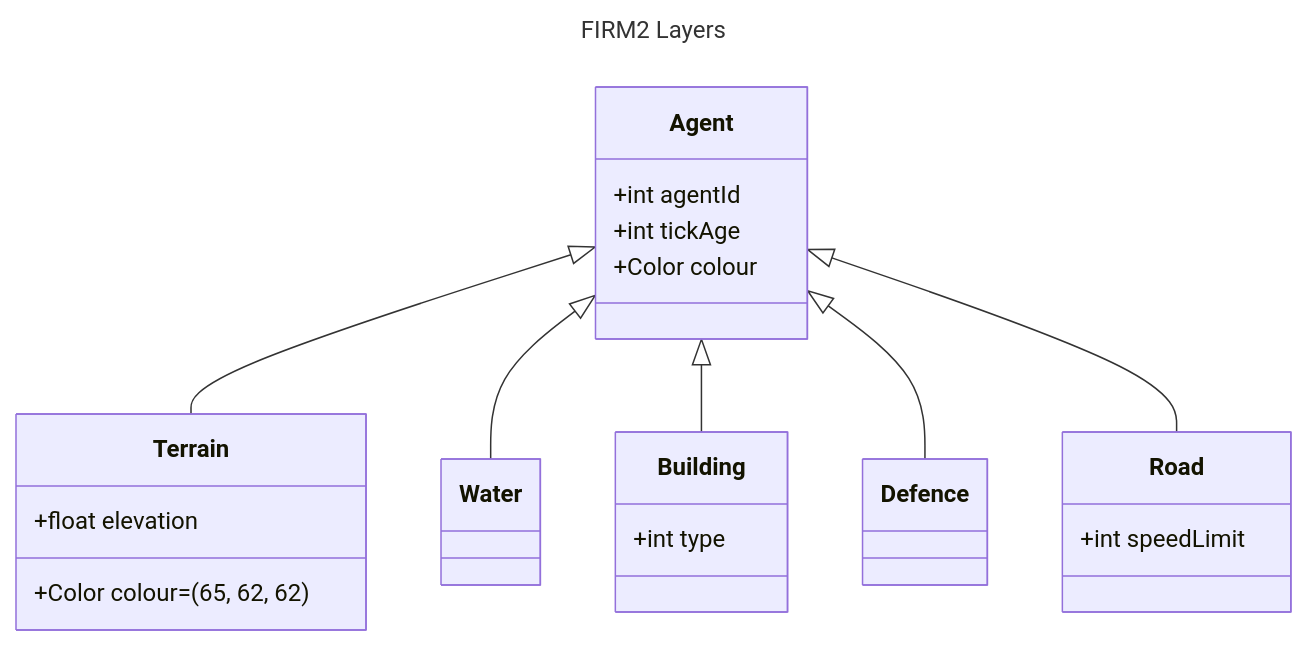
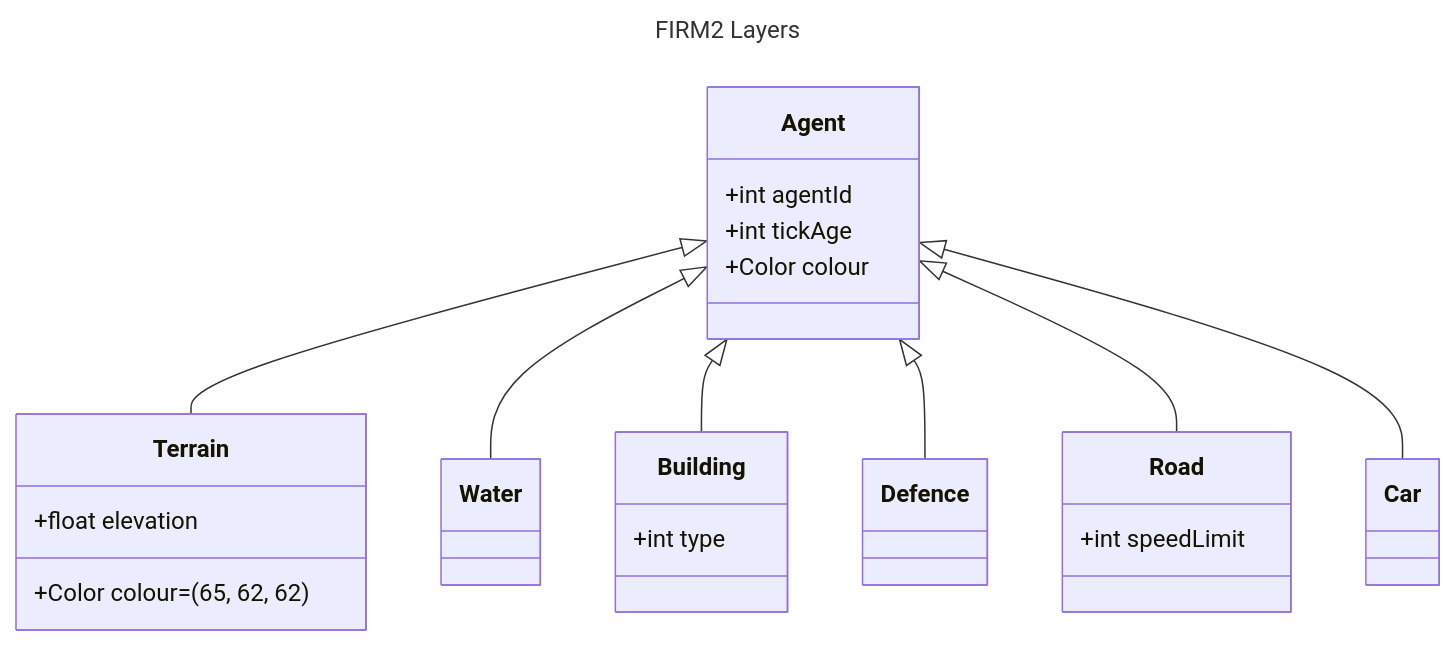
The diagram in DESIGN.md (nclwater/FIRM2), drawn with Mermaid before and after one commit.

Commit message:
Update design doc

````diff
--- a/DESIGN.md
+++ b/DESIGN.md
@@ -5,38 +5,39 @@
 ```mermaid
 ---
 title: FIRM2 Layers
 ---
 
 classDiagram
     class Agent{
         +int agentId
         +int tickAge
         +Color colour
     }
     class Terrain {
         +float elevation
         +Color colour=(65, 62, 62)
     }
     class Building {
         +int type
     }
     class Defence {
         
     }
     class Road {
         +int speedLimit
     }
     class Water {
         
     }
    
     Agent <|--Terrain
     Agent <|--Water
     Agent <|--Building
     Agent <|--Defence
     Agent <|--Road
+    Agent <|--Car
     
 
     
 
 ```
````
